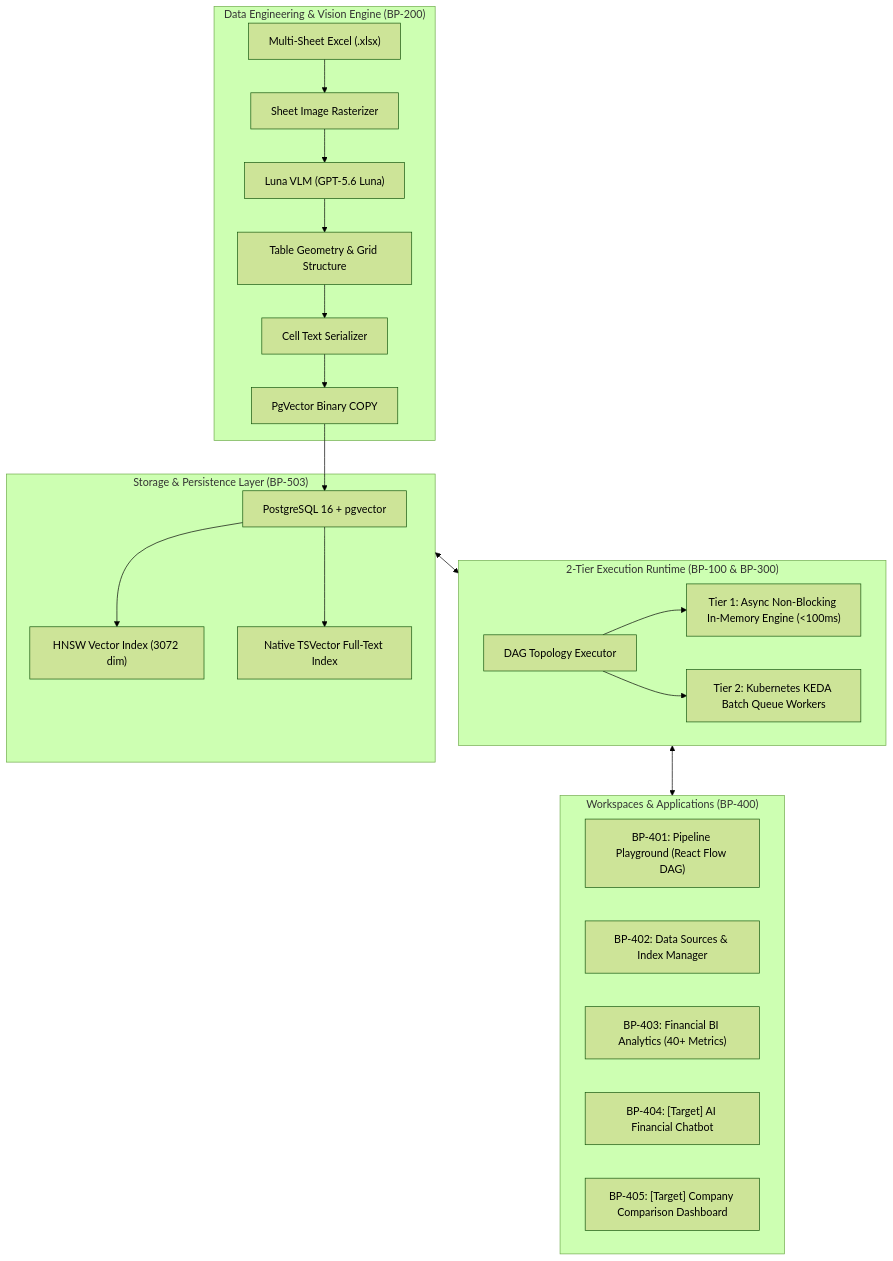
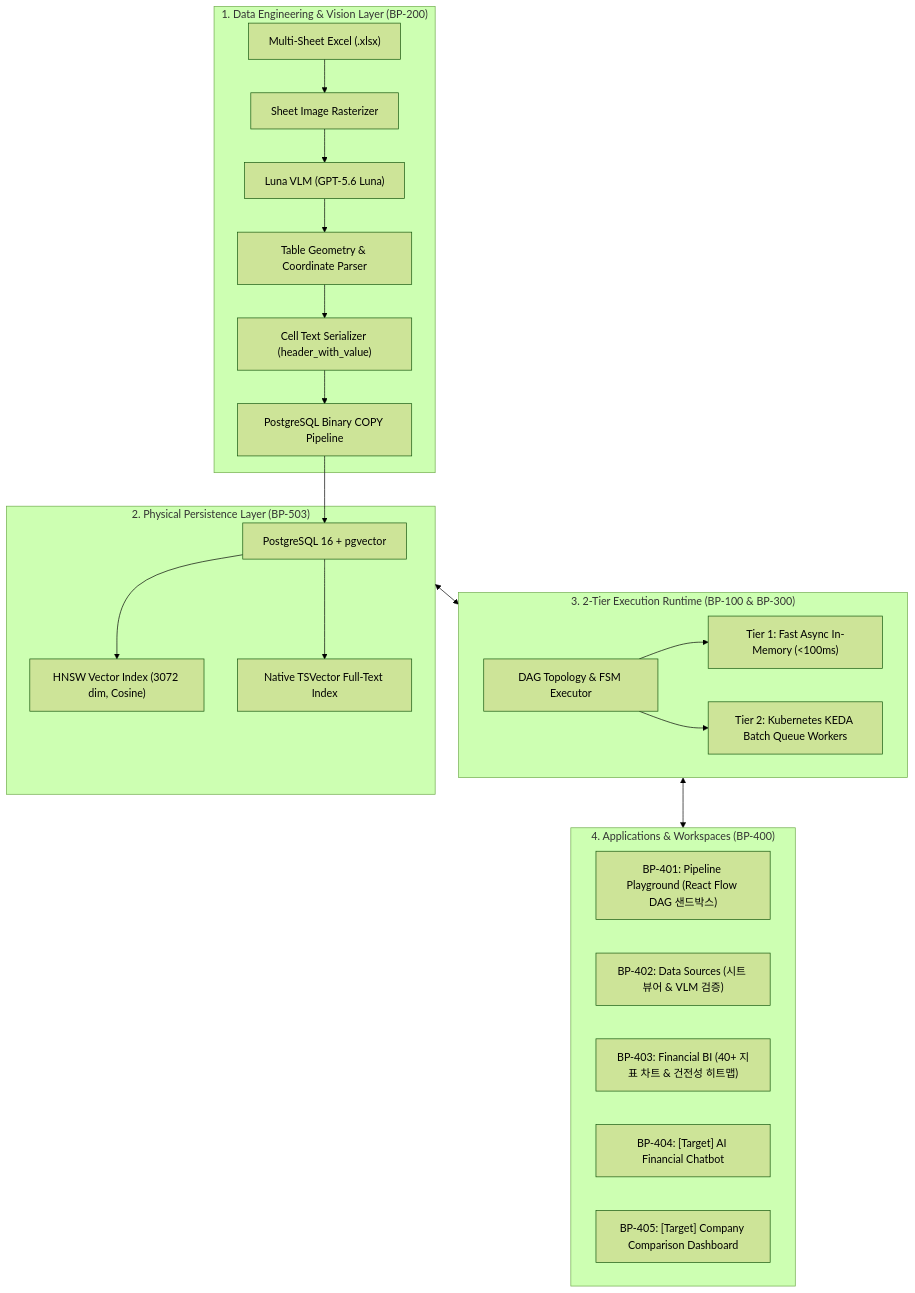
Before and after one commit to bist-mini-final/bist-mini-final: the first of 5 diagrams in docs/README.md, drawn with Mermaid (forest theme). The commit also changed other lines of this file, not shown here.

Commit message:
docs: overhaul docs/README.md with Executive Summary, 5 Use Cases, Tech Specs, Quantitative Benchmarks, Role Distribution, and Gantt Timeline

````diff
--- a/docs/README.md
+++ b/docs/README.md
@@ -13,35 +19,35 @@
 ```mermaid
 flowchart TD
-    subgraph DataEngine ["Data Engineering & Vision Engine (BP-200)"]
+    subgraph DataEngine ["1. Data Engineering & Vision Layer (BP-200)"]
         EXCEL["Multi-Sheet Excel (.xlsx)"] --> RENDER["Sheet Image Rasterizer"]
         RENDER --> VLM["Luna VLM (GPT-5.6 Luna)"]
-        VLM --> STRUCT["Table Geometry & Grid Structure"]
-        STRUCT --> SERIAL["Cell Text Serializer"]
-        SERIAL --> BCP["PgVector Binary COPY"]
+        VLM --> STRUCT["Table Geometry & Coordinate Parser"]
+        STRUCT --> SERIAL["Cell Text Serializer (header_with_value)"]
+        SERIAL --> BCP["PostgreSQL Binary COPY Pipeline"]
     end
 
-    subgraph Storage ["Storage & Persistence Layer (BP-503)"]
+    subgraph Storage ["2. Physical Persistence Layer (BP-503)"]
         BCP --> PG["PostgreSQL 16 + pgvector"]
-        PG --> HNSW["HNSW Vector Index (3072 dim)"]
+        PG --> HNSW["HNSW Vector Index (3072 dim, Cosine)"]
         PG --> FTS["Native TSVector Full-Text Index"]
     end
 
-    subgraph Engine ["2-Tier Execution Runtime (BP-100 & BP-300)"]
-        DAG["DAG Topology Executor"]
-        FAST["Tier 1: Async Non-Blocking In-Memory Engine (<100ms)"]
+    subgraph Engine ["3. 2-Tier Execution Runtime (BP-100 & BP-300)"]
+        DAG["DAG Topology & FSM Executor"]
+        FAST["Tier 1: Fast Async In-Memory (<100ms)"]
         DIST["Tier 2: Kubernetes KEDA Batch Queue Workers"]
         DAG --> FAST
         DAG --> DIST
     end
 
-    subgraph Workspaces ["Workspaces & Applications (BP-400)"]
-        WS1["BP-401: Pipeline Playground (React Flow DAG)"]
-        WS2["BP-402: Data Sources & Index Manager"]
-        WS3["BP-403: Financial BI Analytics (40+ Metrics)"]
+    subgraph Workspaces ["4. Applications & Workspaces (BP-400)"]
+        WS1["BP-401: Pipeline Playground (React Flow DAG 샌드박스)"]
+        WS2["BP-402: Data Sources (시트 뷰어 & VLM 검증)"]
+        WS3["BP-403: Financial BI (40+ 지표 차트 & 건전성 히트맵)"]
         WS4["BP-404: [Target] AI Financial Chatbot"]
         WS5["BP-405: [Target] Company Comparison Dashboard"]
     end
 
     Storage <--> Engine
     Engine <--> Workspaces
 ```
````
